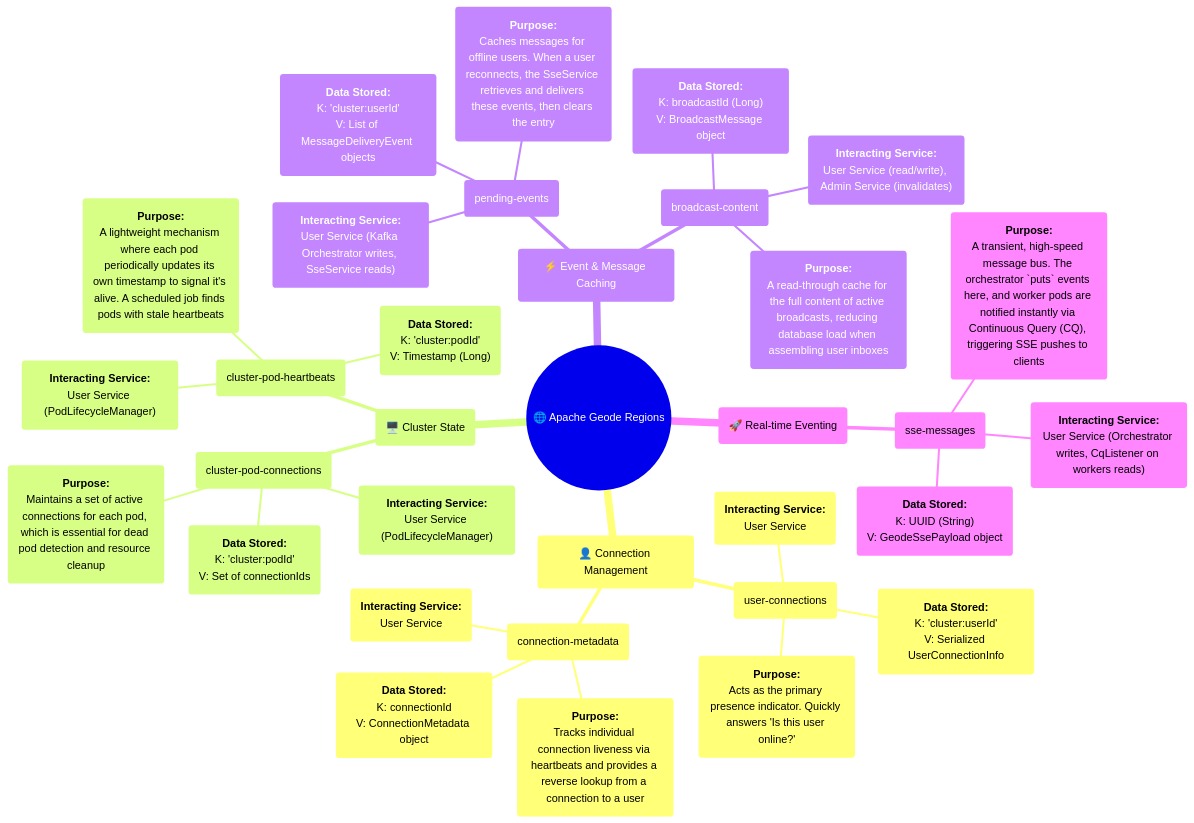
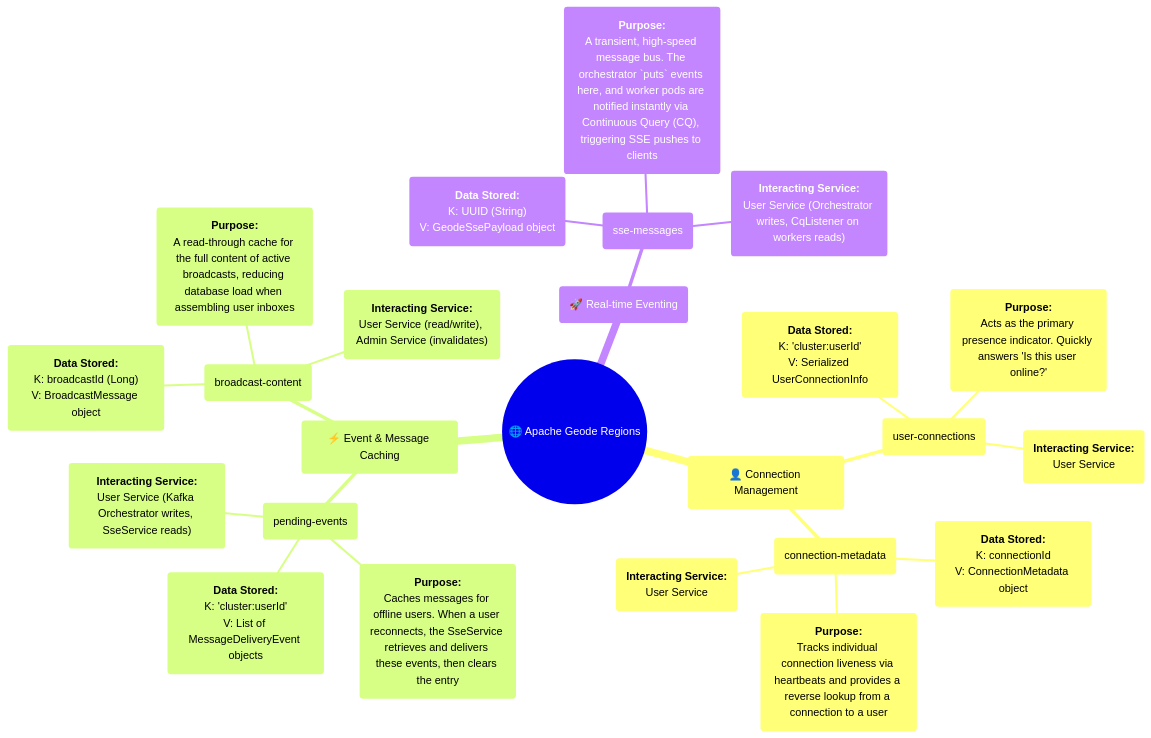
Before and after one commit to rsrini7/Notification-SSE-GLM-Flux: the diagram in MermaidDiagrams/mindmap-geode-regions.mmd, drawn with Mermaid. The commit also changed 9 other files, not shown here.

First line of the commit message:
refactor(geode): remove cluster pod tracking functionality

```diff
--- a/MermaidDiagrams/mindmap-geode-regions.mmd
+++ b/MermaidDiagrams/mindmap-geode-regions.mmd
@@ -1,41 +1,30 @@
 mindmap
   root(("🌐 Apache Geode Regions"))
     %% Connection & Presence Management
     ("👤 Connection Management")
       ("user-connections")
         ("<b>Data Stored:</b><br/>K: 'cluster:userId'<br/>V: Serialized UserConnectionInfo")
         ("<b>Purpose:</b><br/>Acts as the primary presence indicator. Quickly answers 'Is this user online?'")
         ("<b>Interacting Service:</b><br/>User Service")
       ("connection-metadata")
         ("<b>Data Stored:</b><br/>K: connectionId<br/>V: ConnectionMetadata object")
         ("<b>Purpose:</b><br/>Tracks individual connection liveness via heartbeats and provides a reverse lookup from a connection to a user")
         ("<b>Interacting Service:</b><br/>User Service")
-
-    %% Cluster State Management
-    ("🖥️ Cluster State")
-      ("cluster-pod-connections")
-        ("<b>Data Stored:</b><br/>K: 'cluster:podId'<br/>V: Set of connectionIds")
-        ("<b>Purpose:</b><br/>Maintains a set of active connections for each pod, which is essential for dead pod detection and resource cleanup")
-        ("<b>Interacting Service:</b><br/>User Service (PodLifecycleManager)")
-      ("cluster-pod-heartbeats")
-        ("<b>Data Stored:</b><br/>K: 'cluster:podId'<br/>V: Timestamp (Long)")
-        ("<b>Purpose:</b><br/>A lightweight mechanism where each pod periodically updates its own timestamp to signal it's alive. A scheduled job finds pods with stale heartbeats")
-        ("<b>Interacting Service:</b><br/>User Service (PodLifecycleManager)")
 
     %% Event & Message Caching
     ("⚡ Event & Message Caching")
       ("pending-events")
         ("<b>Data Stored:</b><br/>K: 'cluster:userId'<br/>V: List of MessageDeliveryEvent objects")
         ("<b>Purpose:</b><br/>Caches messages for offline users. When a user reconnects, the SseService retrieves and delivers these events, then clears the entry")
         ("<b>Interacting Service:</b><br/>User Service (Kafka Orchestrator writes, SseService reads)")
       ("broadcast-content")
         ("<b>Data Stored:</b><br/>K: broadcastId (Long)<br/>V: BroadcastMessage object")
         ("<b>Purpose:</b><br/>A read-through cache for the full content of active broadcasts, reducing database load when assembling user inboxes")
         ("<b>Interacting Service:</b><br/>User Service (read/write), Admin Service (invalidates)")
 
     %% Intra-Cluster Eventing
     ("🚀 Real-time Eventing")
       ("sse-messages")
         ("<b>Data Stored:</b><br/>K: UUID (String)<br/>V: GeodeSsePayload object")
         ("<b>Purpose:</b><br/>A transient, high-speed message bus. The orchestrator `puts` events here, and worker pods are notified instantly via Continuous Query (CQ), triggering SSE pushes to clients")
         ("<b>Interacting Service:</b><br/>User Service (Orchestrator writes, CqListener on workers reads)")
```
